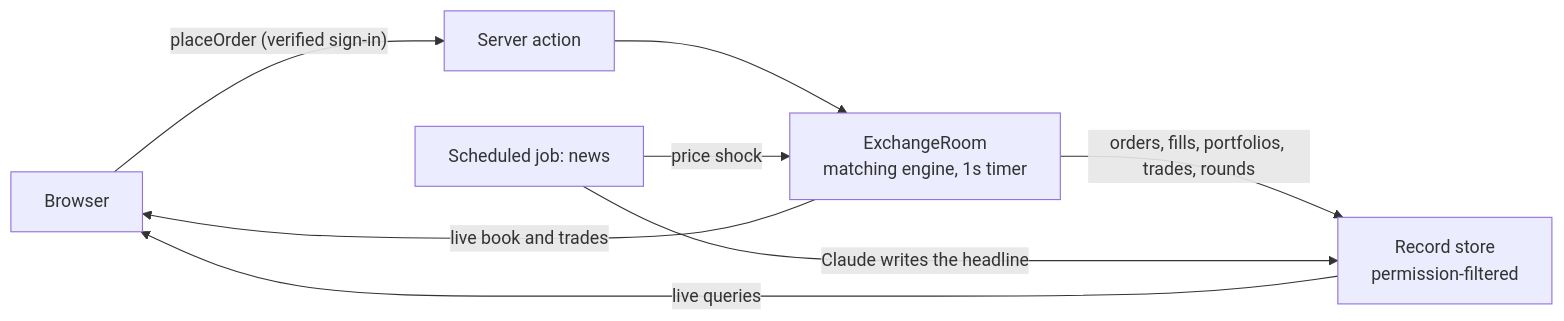
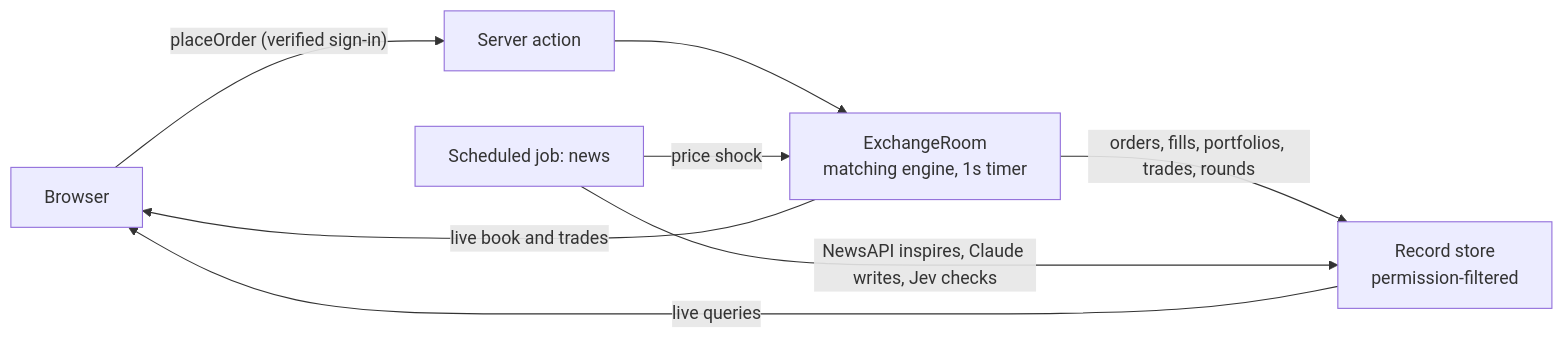
One commit to allena3103/tickfair changed the diagram in docs/how-it-works.md. Above: the diagram before and after it, drawn with Mermaid. The commit also changed 3 other files, not shown here.

Commit message:
Docs: news pipeline diagram, production checks, post-build features, credit limitation

````diff
--- a/docs/how-it-works.md
+++ b/docs/how-it-works.md
@@ -18,10 +18,10 @@
 ```mermaid
 flowchart LR
   B[Browser] -- "placeOrder (verified sign-in)" --> A[Server action]
   A --> X[ExchangeRoom<br/>matching engine, 1s timer]
   X -- "live book and trades" --> B
   X -- "orders, fills, portfolios, trades, rounds" --> R[Record store<br/>permission-filtered]
   R -- "live queries" --> B
-  C[Scheduled job: news] -- "Claude writes the headline" --> R
+  C[Scheduled job: news] -- "NewsAPI inspires, Claude writes, Jev checks" --> R
   C -- "price shock" --> X
 ```
````
